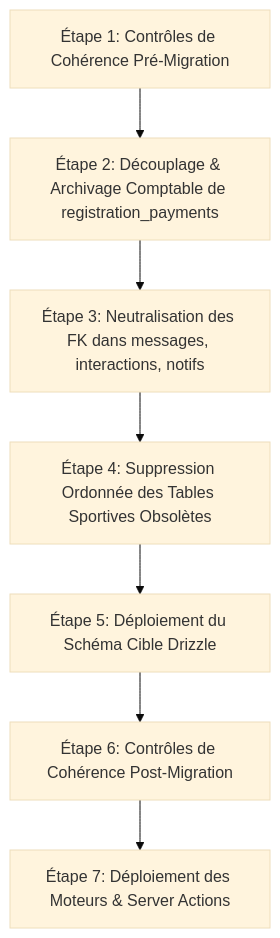
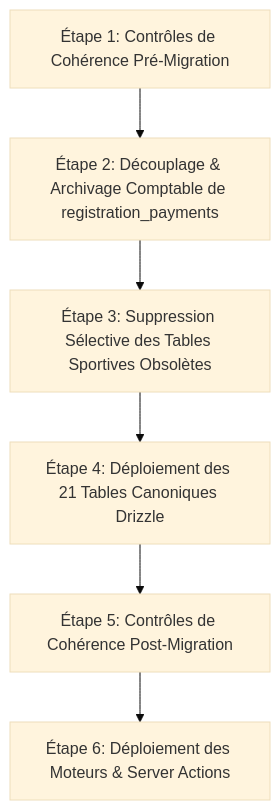
Before and after one commit to AbdoulRachid-Mz/games-trafic: the first of 2 diagrams in docs/audit-competition/07-IMPLEMENTATION-ROADMAP.md, drawn with Mermaid (base theme). The commit also changed other lines of this file and 4 other files, not shown here.

````diff
--- a/docs/audit-competition/07-IMPLEMENTATION-ROADMAP.md
+++ b/docs/audit-competition/07-IMPLEMENTATION-ROADMAP.md
@@ -11,9 +18,8 @@
 ```mermaid
 flowchart TD
     A[Étape 1: Contrôles de Cohérence Pré-Migration] --> B[Étape 2: Découplage & Archivage Comptable de registration_payments]
-    B --> C[Étape 3: Neutralisation des FK dans messages, interactions, notifs]
-    C --> D[Étape 4: Suppression Ordonnée des Tables Sportives Obsolètes]
-    D --> E[Étape 5: Déploiement du Schéma Cible Drizzle]
-    E --> F[Étape 6: Contrôles de Cohérence Post-Migration]
-    F --> G[Étape 7: Déploiement des Moteurs & Server Actions]
+    B --> C[Étape 3: Suppression Sélective des Tables Sportives Obsolètes]
+    C --> D[Étape 4: Déploiement des 21 Tables Canoniques Drizzle]
+    D --> E[Étape 5: Contrôles de Cohérence Post-Migration]
+    E --> F[Étape 6: Déploiement des Moteurs & Server Actions]
 ```
````
